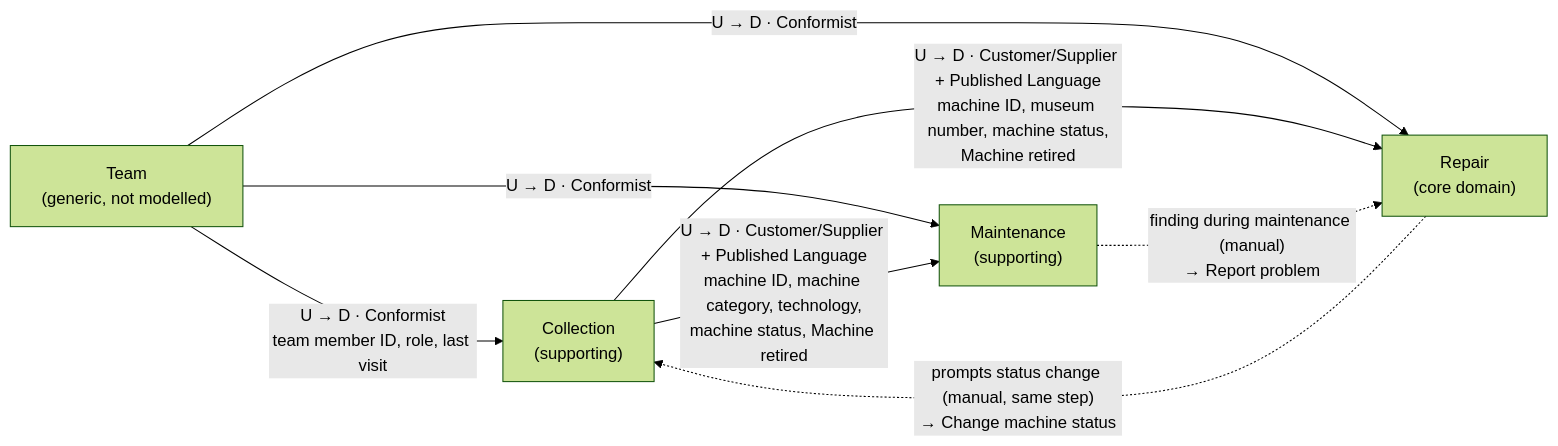
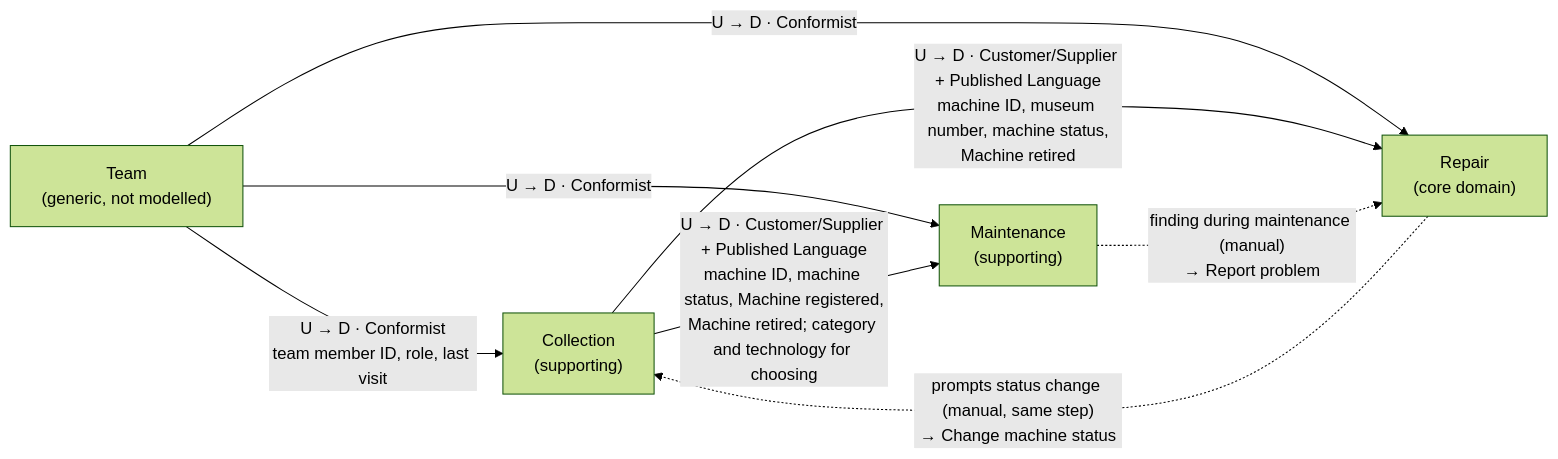
Before and after one commit to hemi1986/laguardia: the diagram in docs/domain/context-map.md, drawn with Mermaid (forest theme). The commit also changed other lines of this file and 21 other files, not shown here.

First line of the commit message:
Discovery: per-machine maintenance, member pages, consistent layout and dark design

````diff
--- a/docs/domain/context-map.md
+++ b/docs/domain/context-map.md
@@ -18,17 +18,17 @@
 ```mermaid
 flowchart LR
     Team["Team<br/>(generic, not modelled)"]
     Collection["Collection<br/>(supporting)"]
     Repair["Repair<br/>(core domain)"]
     Maintenance["Maintenance<br/>(supporting)"]
 
     Team -- "U → D · Conformist<br/>team member ID, role, last visit" --> Collection
     Team -- "U → D · Conformist" --> Repair
     Team -- "U → D · Conformist" --> Maintenance
 
     Collection -- "U → D · Customer/Supplier + Published Language<br/>machine ID, museum number, machine status,<br/>Machine retired" --> Repair
-    Collection -- "U → D · Customer/Supplier + Published Language<br/>machine ID, machine category, technology,<br/>machine status, Machine retired" --> Maintenance
+    Collection -- "U → D · Customer/Supplier + Published Language<br/>machine ID, machine status, Machine registered,<br/>Machine retired; category and technology for choosing" --> Maintenance
 
     Repair -. "prompts status change (manual, same step)<br/>→ Change machine status" .-> Collection
     Maintenance -. "finding during maintenance (manual)<br/>→ Report problem" .-> Repair
 ```
````
